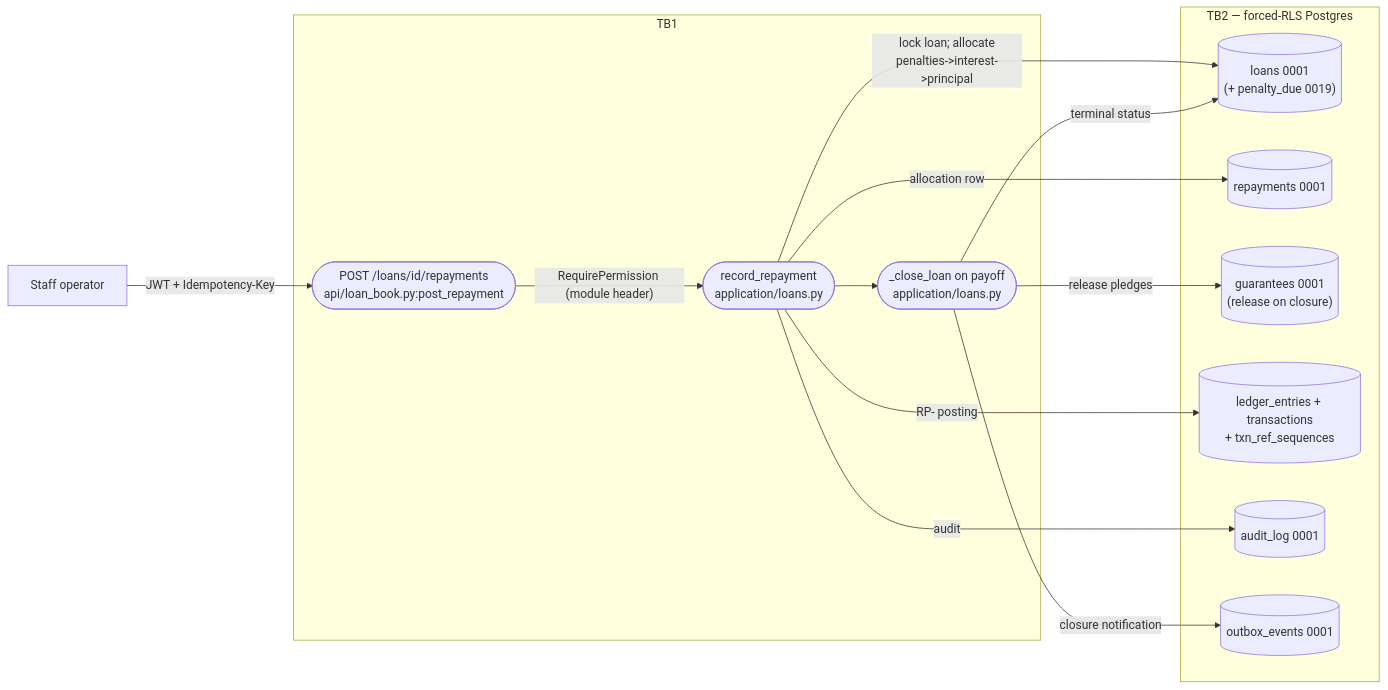
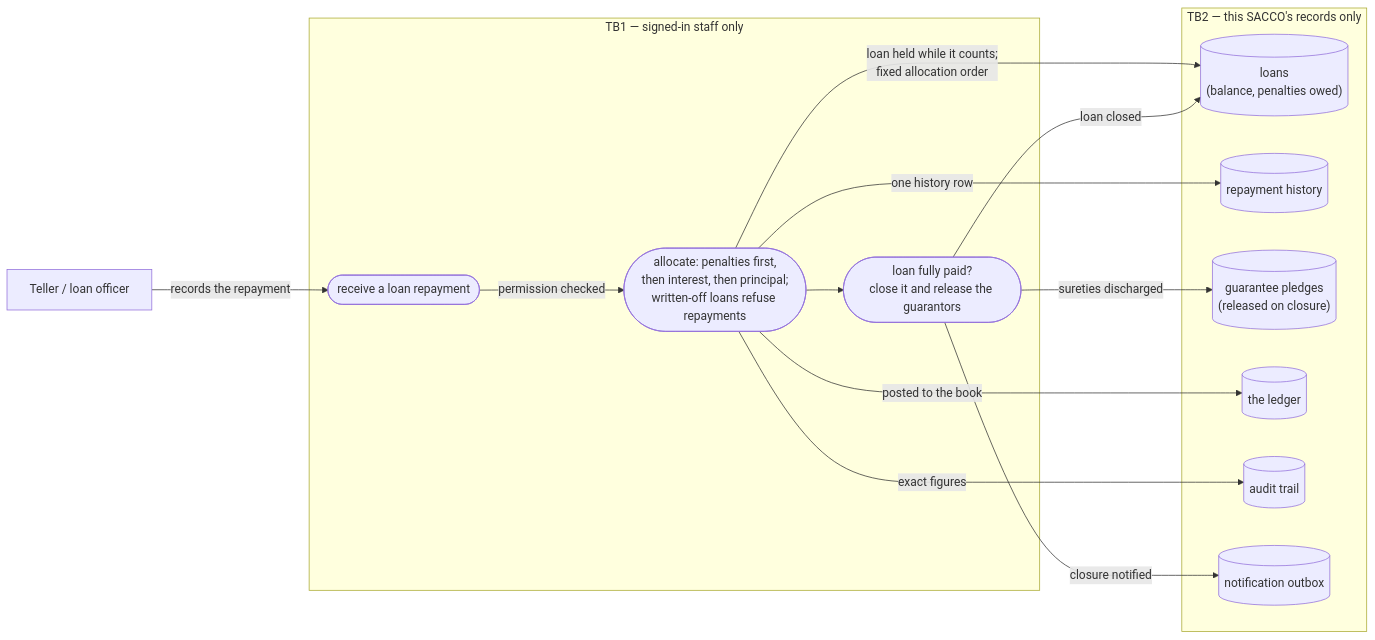
One commit to Benson-Kim/genesis-sacco changed the fourth of 15 diagrams in docs/diagrams/dfd.md. Above: the diagram before and after it, drawn with Mermaid. The commit also changed other lines of this file, not shown here.

First line of the commit message:
docs(diagrams): DFD redrawn business-legible; P13.15/P13.16 flipped as-built; F10-F14 added

````diff
--- a/docs/diagrams/dfd.md
+++ b/docs/diagrams/dfd.md
@@ -192,29 +252,29 @@
 ```mermaid
 flowchart LR
-    %% P-DIAG.3 F3 — authored against main @ 08541b860f1445b16c342c39b6606d86b9dbeb17
-    RPY_E1["Staff operator"]
-    subgraph TB1["TB1"]
-        RPY_P1(["POST /loans/id/repayments<br/>api/loan_book.py:post_repayment"])
-        RPY_P2(["record_repayment<br/>application/loans.py"])
-        RPY_P3(["_close_loan on payoff<br/>application/loans.py"])
+    %% P-DIAG.3 F3 — reconciled to main @ 8f46aa54250ff1a066af423924f3eb54a9c72fb7
+    RPY_E1["Teller / loan officer"]
+    subgraph TB1["TB1 — signed-in staff only"]
+        RPY_P1(["receive a loan repayment"])
+        RPY_P2(["allocate: penalties first,<br/>then interest, then principal;<br/>written-off loans refuse repayments"])
+        RPY_P3(["loan fully paid?<br/>close it and release the guarantors"])
     end
-    subgraph TB2["TB2 — forced-RLS Postgres"]
-        RPY_S1[("loans 0001<br/>(+ penalty_due 0019)")]
-        RPY_S2[("repayments 0001")]
-        RPY_S3[("guarantees 0001<br/>(release on closure)")]
-        RPY_S4[("ledger_entries + transactions<br/>+ txn_ref_sequences")]
-        RPY_S5[("audit_log 0001")]
-        RPY_S6[("outbox_events 0001")]
+    subgraph TB2["TB2 — this SACCO's records only"]
+        RPY_S1[("loans<br/>(balance, penalties owed)")]
+        RPY_S2[("repayment history")]
+        RPY_S3[("guarantee pledges<br/>(released on closure)")]
+        RPY_S4[("the ledger")]
+        RPY_S5[("audit trail")]
+        RPY_S6[("notification outbox")]
     end
 
-    RPY_E1 -->|"JWT + Idempotency-Key"| RPY_P1
-    RPY_P1 -->|"RequirePermission (module header)"| RPY_P2
-    RPY_P2 -->|"lock loan; allocate<br/>penalties->interest->principal"| RPY_S1
-    RPY_P2 -->|"allocation row"| RPY_S2
-    RPY_P2 -->|"RP- posting"| RPY_S4
+    RPY_E1 -->|"records the repayment"| RPY_P1
+    RPY_P1 -->|"permission checked"| RPY_P2
+    RPY_P2 -->|"loan held while it counts;<br/>fixed allocation order"| RPY_S1
+    RPY_P2 -->|"one history row"| RPY_S2
+    RPY_P2 -->|"posted to the book"| RPY_S4
     RPY_P2 --> RPY_P3
-    RPY_P3 -->|"release pledges"| RPY_S3
-    RPY_P3 -->|"terminal status"| RPY_S1
-    RPY_P2 -->|"audit"| RPY_S5
-    RPY_P3 -->|"closure notification"| RPY_S6
+    RPY_P3 -->|"sureties discharged"| RPY_S3
+    RPY_P3 -->|"loan closed"| RPY_S1
+    RPY_P2 -->|"exact figures"| RPY_S5
+    RPY_P3 -->|"closure notified"| RPY_S6
 ```
````
